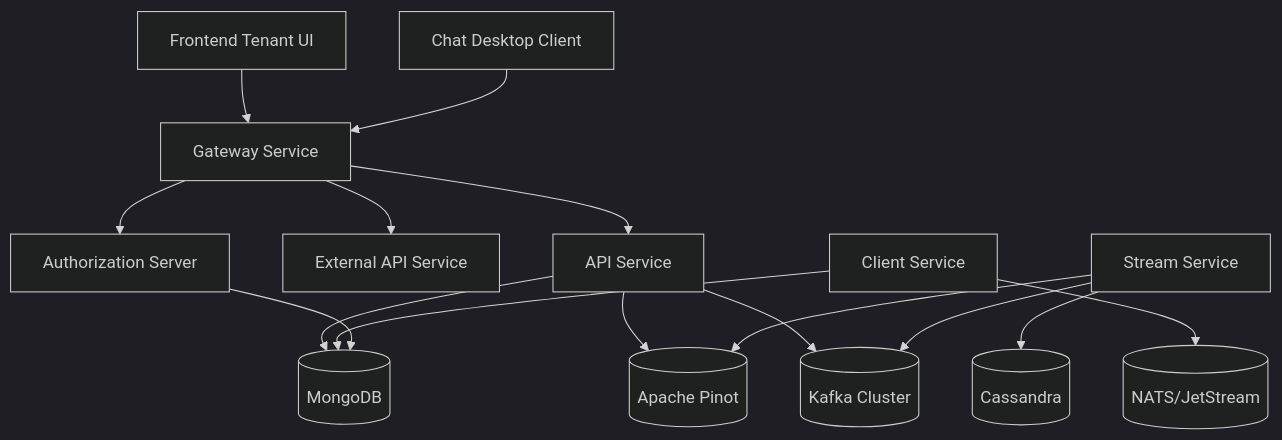
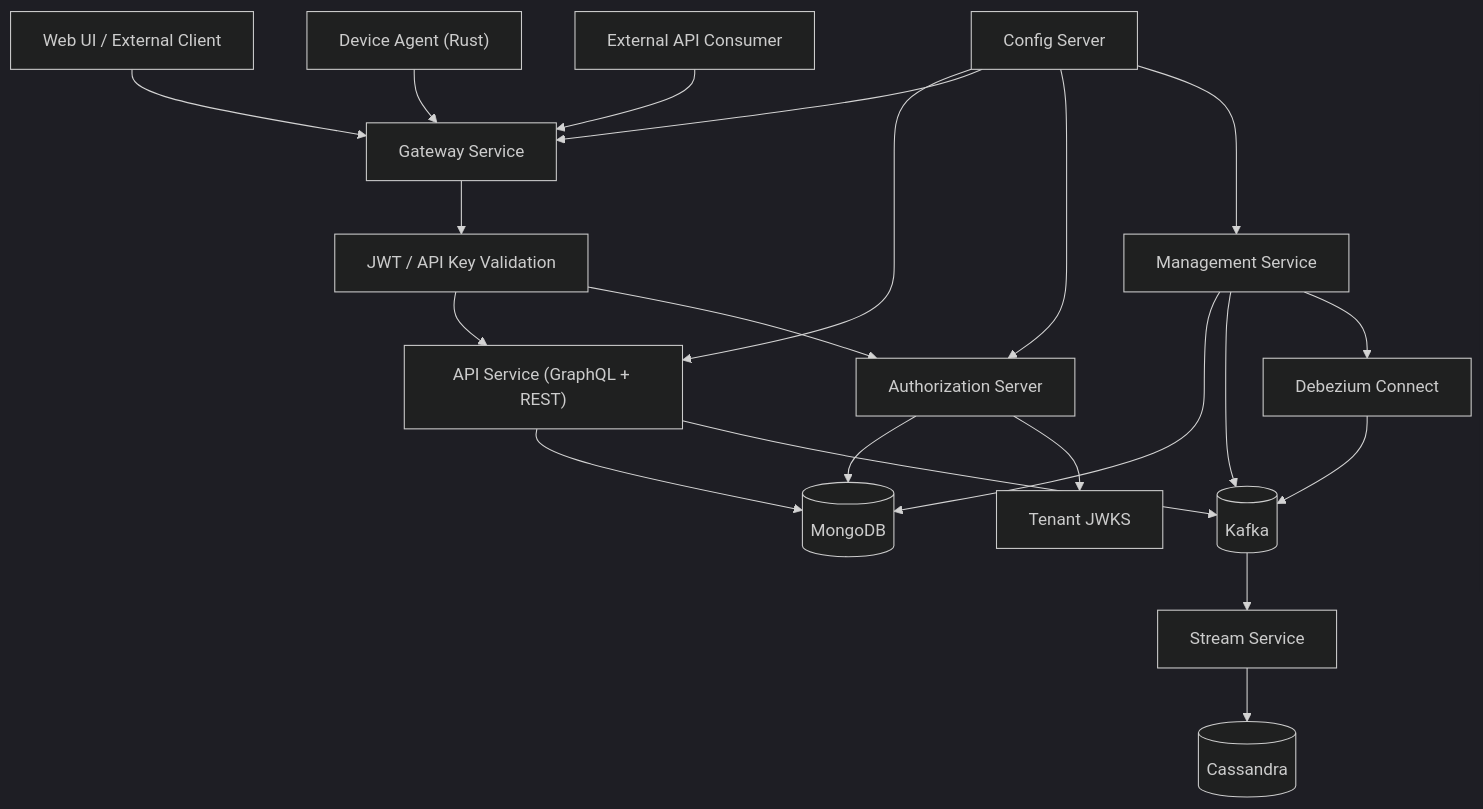
The diagram in README.md (flamingo-stack/openframe-oss-tenant), drawn with Mermaid (dark theme) before and after one commit. The commit also changed other lines of this file and 2 other files, not shown here.

````diff
--- a/README.md
+++ b/README.md
@@ -81,22 +39,29 @@
 ```mermaid
 flowchart TD
-    UI[Frontend Tenant UI] --> Gateway[Gateway Service]
-    Chat[Chat Desktop Client] --> Gateway
-    
-    Gateway --> API[API Service]
-    Gateway --> External[External API Service] 
-    Gateway --> Auth[Authorization Server]
-    
-    API --> Mongo[(MongoDB)]
-    API --> Pinot[(Apache Pinot)]
-    API --> Kafka[(Kafka Cluster)]
-    
-    Stream[Stream Service] --> Kafka
-    Stream --> Cassandra[(Cassandra)]
-    Stream --> Pinot
-    
-    Client[Client Service] --> Mongo
-    Client --> NATS[(NATS/JetStream)]
-    
-    Auth --> Mongo
+    Browser["Web UI / External Client"] --> Gateway["Gateway Service"]
+    Agent["Device Agent (Rust)"] --> Gateway
+    ExtClient["External API Consumer"] --> Gateway
+
+    Gateway --> Auth["JWT / API Key Validation"]
+    Auth --> Api["API Service (GraphQL + REST)"]
+    Auth --> Authz["Authorization Server"]
+
+    Api --> Mongo[("MongoDB")]
+    Api --> Kafka[("Kafka")]
+
+    Authz --> Mongo
+    Authz --> JWKS["Tenant JWKS"]
+
+    Kafka --> Stream["Stream Service"]
+    Stream --> Cassandra[("Cassandra")]
+
+    Management["Management Service"] --> Mongo
+    Management --> Kafka
+    Management --> Debezium["Debezium Connect"]
+
+    Debezium --> Kafka
+    Config["Config Server"] --> Api
+    Config --> Gateway
+    Config --> Authz
+    Config --> Management
 ```
````
